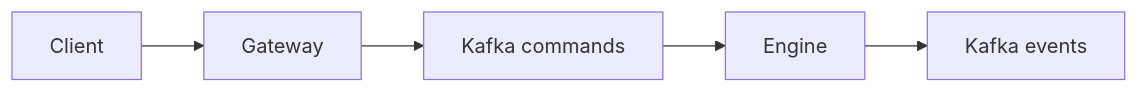
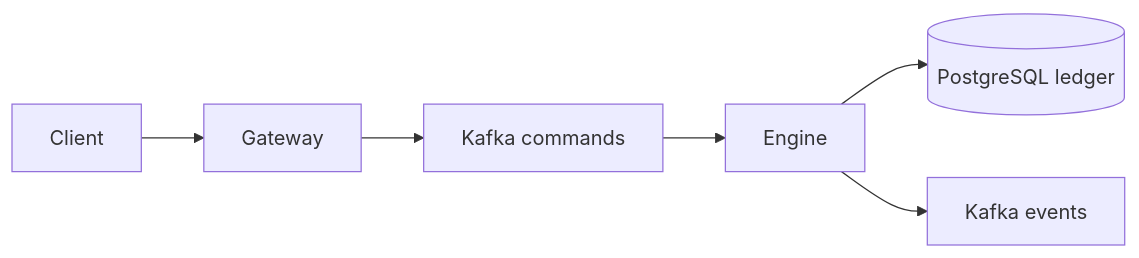
Before and after one commit to victorgmacedo/mb: the diagram in AGENTS.md, drawn with Mermaid. The commit also changed other lines of this file and 16 other files, not shown here.

Commit message:
feat: persist ledger balances in postgres

````diff
--- a/AGENTS.md
+++ b/AGENTS.md
@@ -26,7 +26,8 @@
 ```mermaid
 flowchart LR
     Client --> Gateway
     Gateway --> Commands[Kafka commands]
     Commands --> Engine
+    Engine --> Postgres[(PostgreSQL ledger)]
     Engine --> Events[Kafka events]
 ```
````
